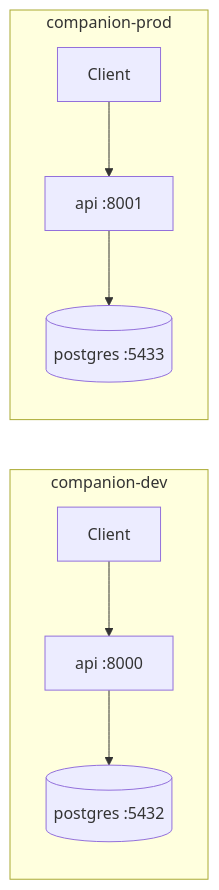
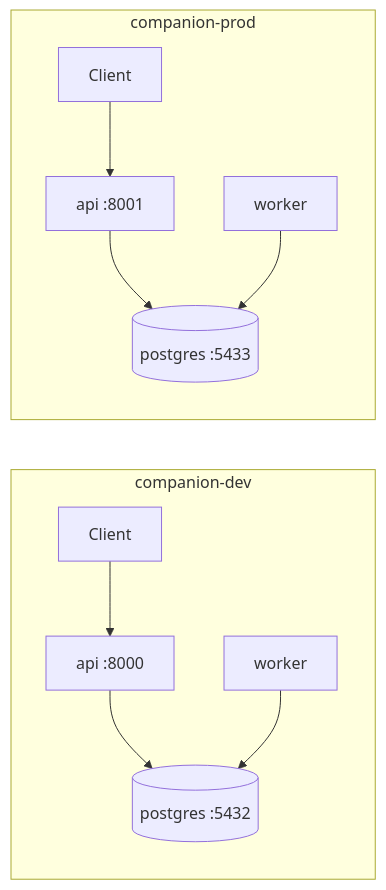
Before and after one commit to Lennart-Lucas/Companion: the fifth of 6 diagrams in backend/docs/architecture.md, drawn with Mermaid. The commit also changed other lines of this file and 21 other files, not shown here.

````diff
--- a/backend/docs/architecture.md
+++ b/backend/docs/architecture.md
@@ -192,11 +257,13 @@
 ```mermaid
 flowchart LR
   subgraph devEnv [companion-dev]
     devClient[Client] --> devApi[api :8000]
     devApi --> devDb[(postgres :5432)]
+    devWorker[worker] --> devDb
   end
   subgraph prodEnv [companion-prod]
     prodClient[Client] --> prodApi[api :8001]
     prodApi --> prodDb[(postgres :5433)]
+    prodWorker[worker] --> prodDb
   end
 ```
````
